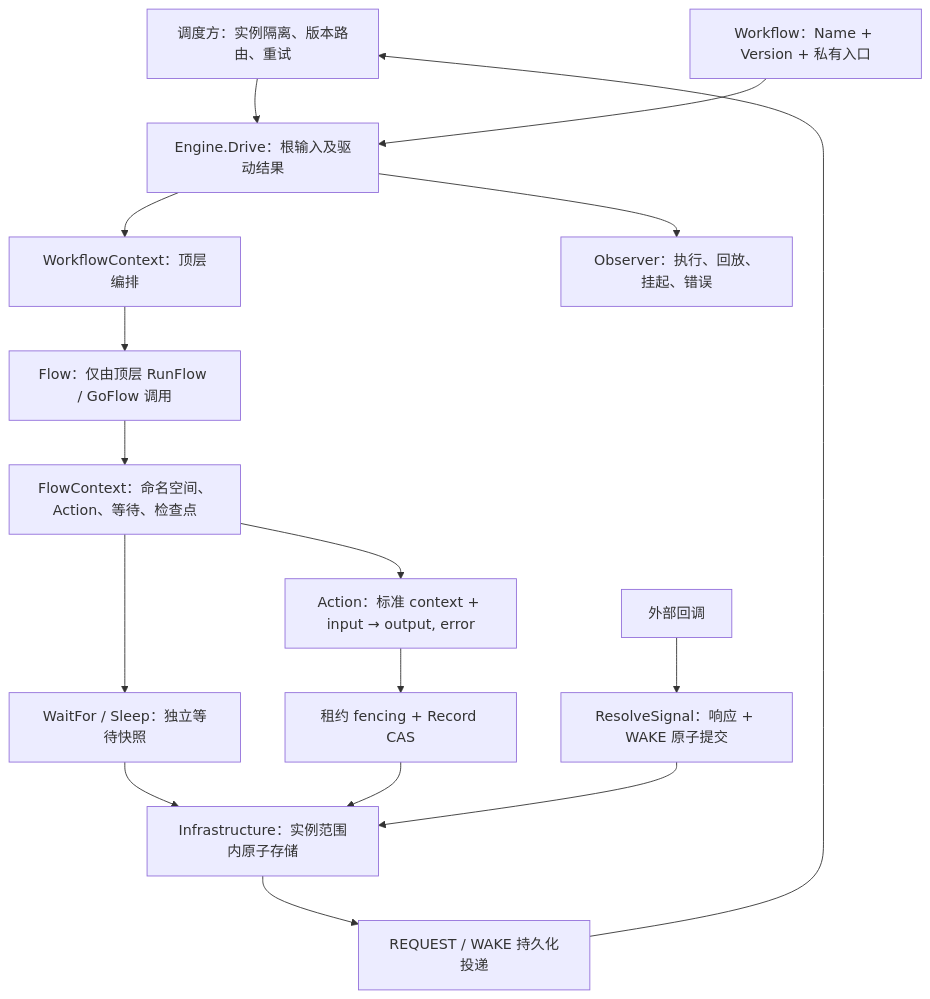
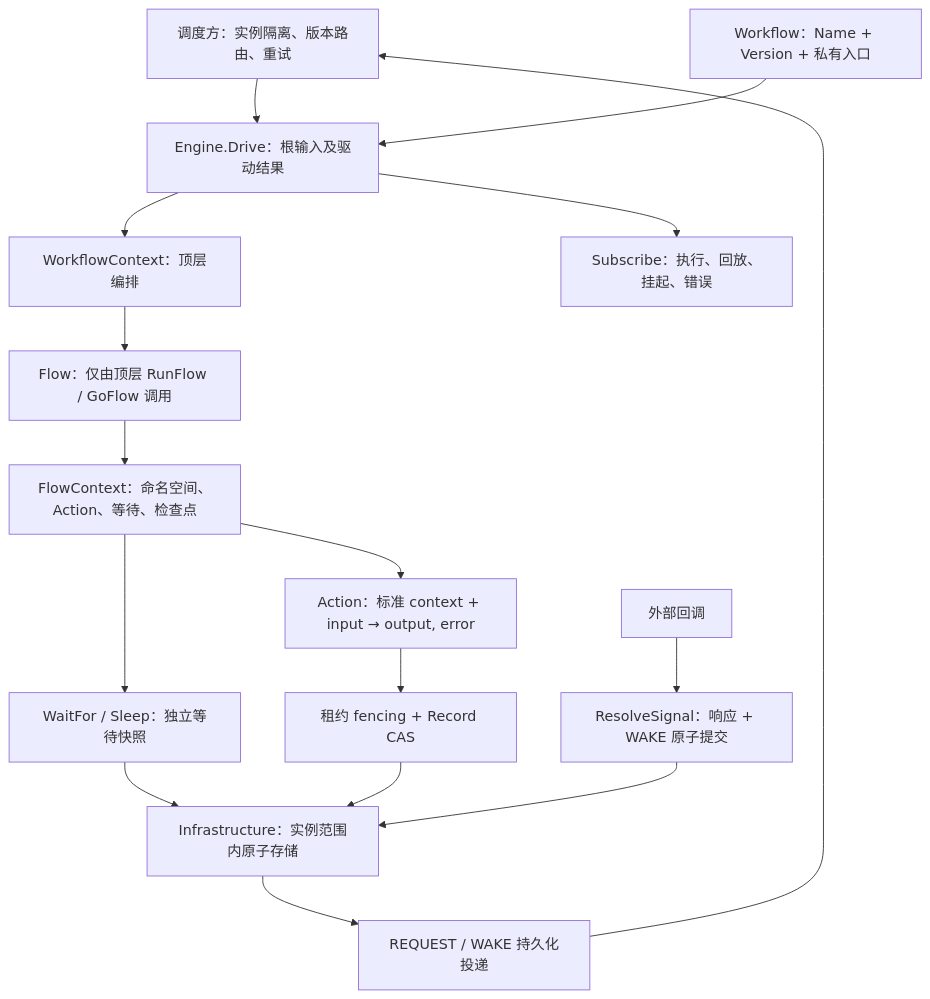
One commit to k0923/go changed the diagram in workflow/DESIGN.md. Above: the diagram before and after it, drawn with Mermaid. The commit also changed other lines of this file and 51 other files, not shown here.

````diff
--- a/workflow/DESIGN.md
+++ b/workflow/DESIGN.md
@@ -7,18 +7,18 @@
 ```mermaid
 flowchart TD
     Caller["调度方：实例隔离、版本路由、重试"] --> Engine["Engine.Drive：根输入及驱动结果"]
     Definition["Workflow：Name + Version + 私有入口"] --> Engine
     Engine --> Root["WorkflowContext：顶层编排"]
     Root --> Flow["Flow：仅由顶层 RunFlow / GoFlow 调用"]
     Flow --> Context["FlowContext：命名空间、Action、等待、检查点"]
     Context --> Action["Action：标准 context + input → output, error"]
     Context --> Wait["WaitFor / Sleep：独立等待快照"]
     Action --> Commit["租约 fencing + Record CAS"]
     Wait --> Store["Infrastructure：实例范围内原子存储"]
     Commit --> Store
     Callback["外部回调"] --> Resolve["ResolveSignal：响应 + WAKE 原子提交"]
     Resolve --> Store
     Store --> Delivery["REQUEST / WAKE 持久化投递"]
     Delivery --> Caller
-    Engine --> Observer["Observer：执行、回放、挂起、错误"]
+    Engine --> Observer["Subscribe：执行、回放、挂起、错误"]
 ```
````
